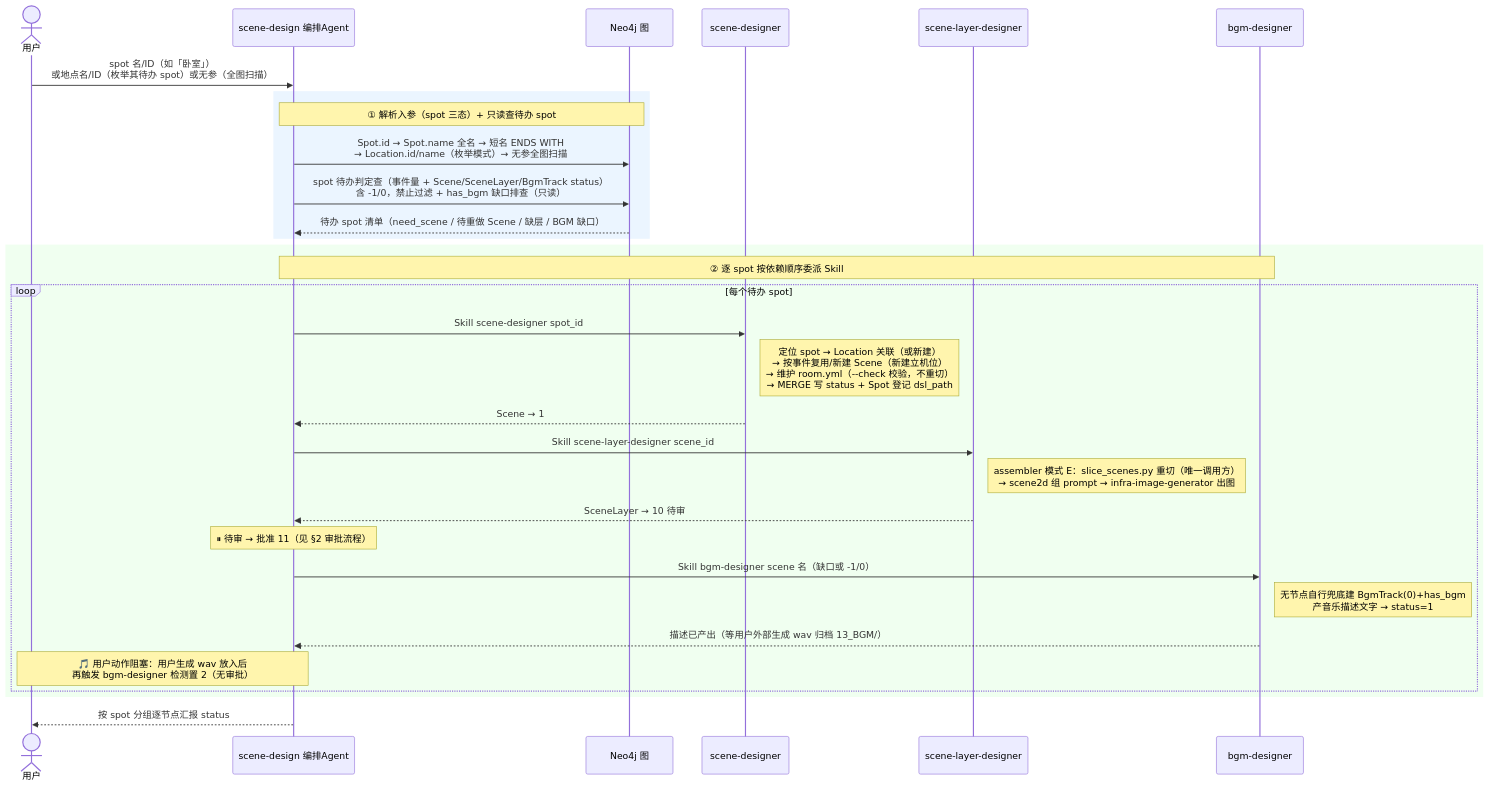
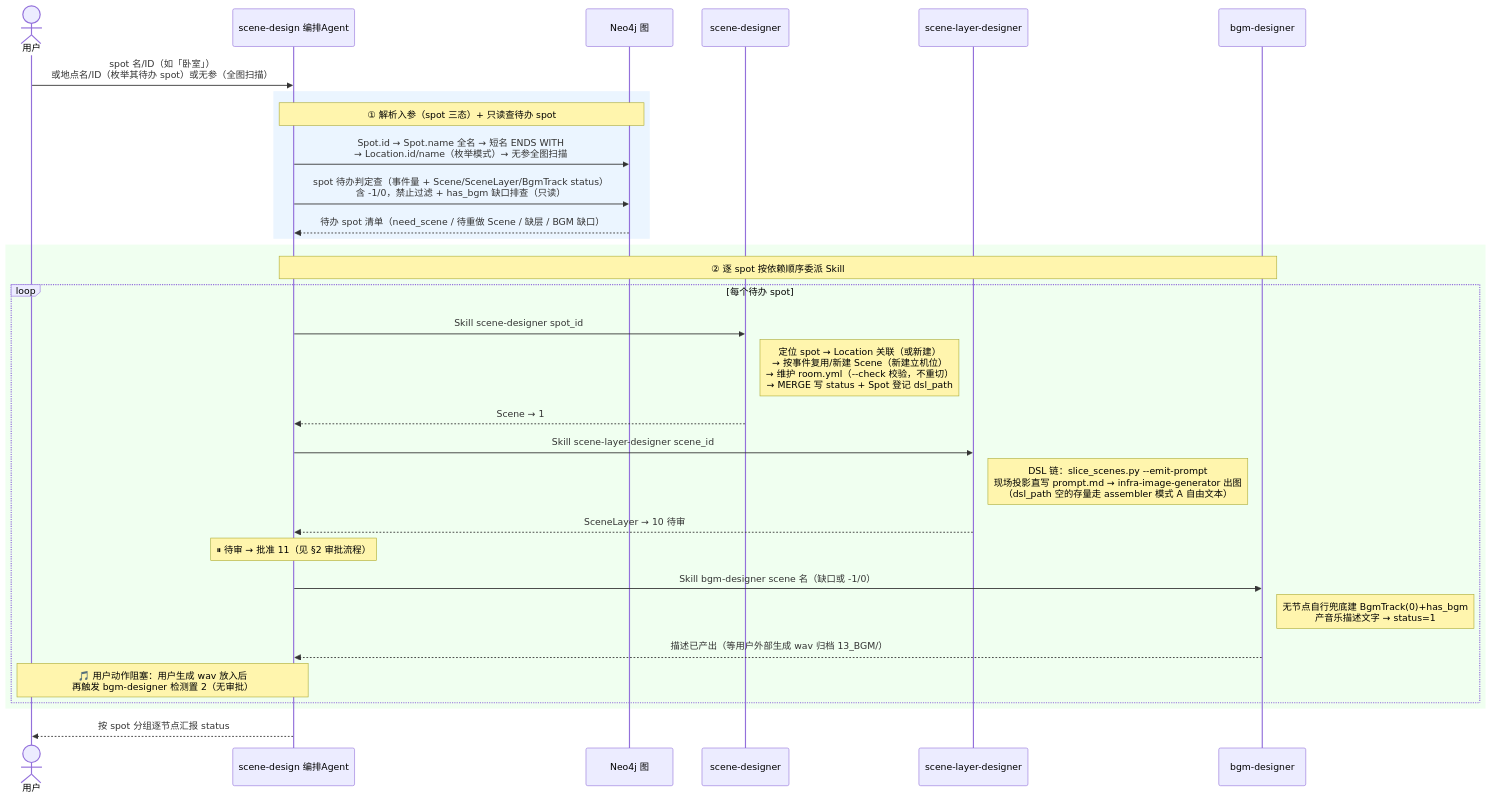
One commit to CrazyJinn/ProxyLove changed the third of 4 diagrams in README.md. Above: the diagram before and after it, drawn with Mermaid. The commit also changed other lines of this file and 12 other files, not shown here.

First line of the commit message:
出图 prompt 现场化：slice_scenes.py --emit-prompt 直写 prompt.md，scene2d.yml 派生文件废止

````diff
--- a/README.md
+++ b/README.md
@@ -179,39 +179,39 @@
 ```mermaid
 sequenceDiagram
     actor U as 用户
     participant A as scene-design 编排Agent
     participant DB as Neo4j 图
     participant Scene as scene-designer
     participant Layer as scene-layer-designer
     participant BGM as bgm-designer
 
     U->>A: spot 名/ID（如「卧室」）<br/>或地点名/ID（枚举其待办 spot）或无参（全图扫描）
 
     rect rgb(235, 245, 255)
     Note over A,DB: ① 解析入参（spot 三态）+ 只读查待办 spot
     A->>DB: Spot.id → Spot.name 全名 → 短名 ENDS WITH<br/>→ Location.id/name（枚举模式）→ 无参全图扫描
     A->>DB: spot 待办判定查（事件量 + Scene/SceneLayer/BgmTrack status）<br/>含 -1/0，禁止过滤 + has_bgm 缺口排查（只读）
     DB-->>A: 待办 spot 清单（need_scene / 待重做 Scene / 缺层 / BGM 缺口）
     end
 
     rect rgb(240, 255, 240)
     Note over A,BGM: ② 逐 spot 按依赖顺序委派 Skill
     loop 每个待办 spot
         A->>Scene: Skill scene-designer spot_id
         Note right of Scene: 定位 spot → Location 关联（或新建）<br/>→ 按事件复用/新建 Scene（新建立机位）<br/>→ 维护 room.yml（--check 校验，不重切）<br/>→ MERGE 写 status + Spot 登记 dsl_path
         Scene-->>A: Scene → 1
 
         A->>Layer: Skill scene-layer-designer scene_id
-        Note right of Layer: assembler 模式 E：slice_scenes.py 重切（唯一调用方）<br/>→ scene2d 组 prompt → infra-image-generator 出图
+        Note right of Layer: DSL 链：slice_scenes.py --emit-prompt<br/>现场投影直写 prompt.md → infra-image-generator 出图<br/>（dsl_path 空的存量走 assembler 模式 A 自由文本）
         Layer-->>A: SceneLayer → 10 待审
         Note over A: ⏸ 待审 → 批准 11（见 §2 审批流程）
 
         A->>BGM: Skill bgm-designer scene 名（缺口或 -1/0）
         Note right of BGM: 无节点自行兜底建 BgmTrack(0)+has_bgm<br/>产音乐描述文字 → status=1
         BGM-->>A: 描述已产出（等用户外部生成 wav 归档 13_BGM/）
         Note over A,U: 🎵 用户动作阻塞：用户生成 wav 放入后<br/>再触发 bgm-designer 检测置 2（无审批）
     end
     end
 
     A-->>U: 按 spot 分组逐节点汇报 status
 ```
````
